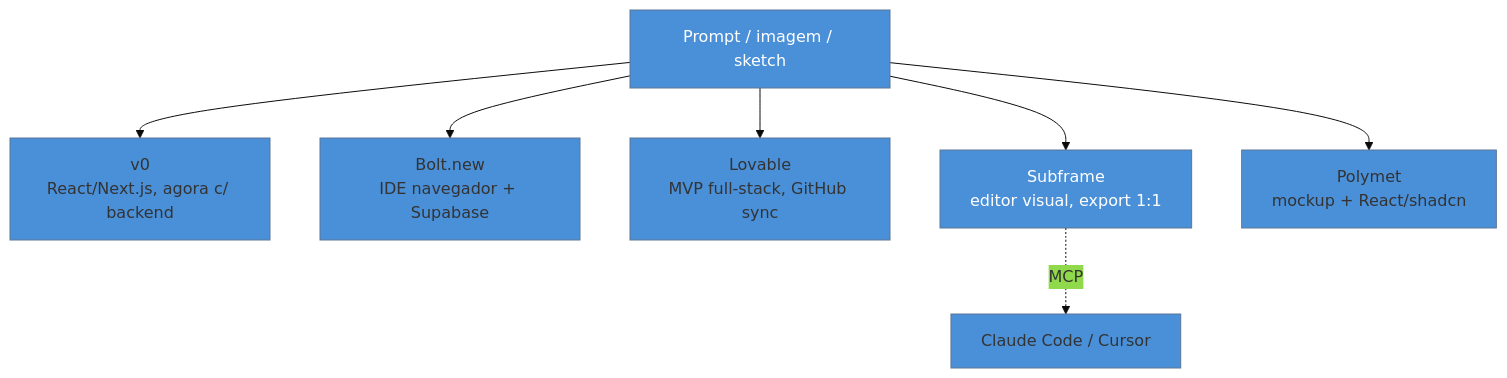
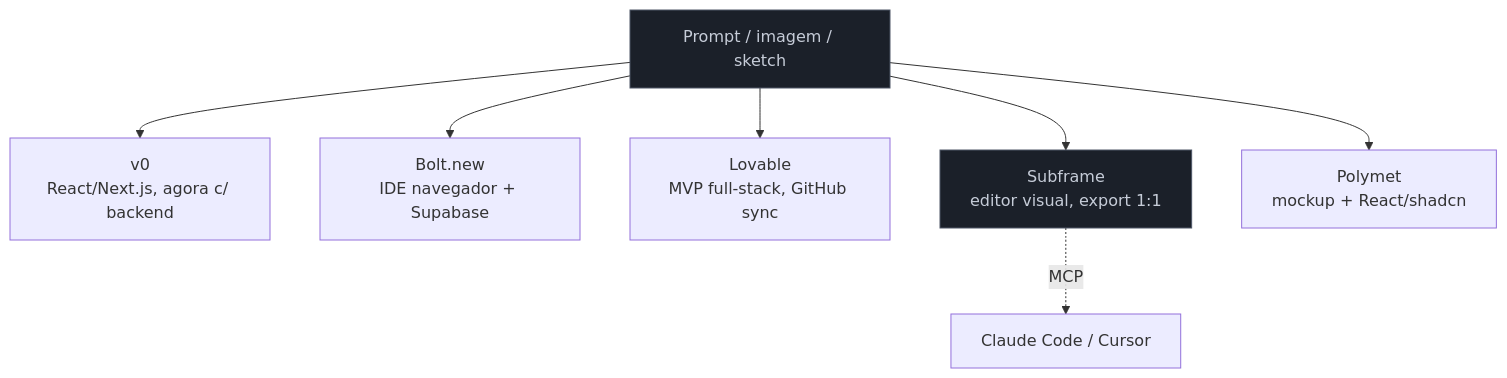
The diagram in 03-Dominios/Tecnologia/Ferramentas de Design/04 - Geradores de UI por IA.md (josenaldo/codex-technomanticus), drawn with Mermaid before and after one commit. The commit also changed 1181 other files, not shown here.

First line of the commit message:
fix(diagramas): paleta do sistema no lugar de cor cravada no markdown

````diff
--- a/03-Dominios/Tecnologia/Ferramentas de Design/04 - Geradores de UI por IA.md
+++ b/03-Dominios/Tecnologia/Ferramentas de Design/04 - Geradores de UI por IA.md
@@ -40,12 +40,12 @@
 ```mermaid
-%%{init: {"theme": "base", "themeVariables": {"primaryColor": "#4A90D9"}}}%%
 graph TD
+    classDef neutro fill:#1B2029,stroke:#4E5666,color:#C6CCD8
     N["Prompt / imagem / sketch"] --> V0["v0<br/>React/Next.js, agora c/ backend"]
     N --> BOLT["Bolt.new<br/>IDE navegador + Supabase"]
     N --> LOV["Lovable<br/>MVP full-stack, GitHub sync"]
     N --> SF["Subframe<br/>editor visual, export 1:1"]
     N --> PM["Polymet<br/>mockup + React/shadcn"]
     SF -.->|MCP| CC["Claude Code / Cursor"]
-    style N fill:#4A90D9,color:#fff
-    style SF fill:#4A90D9,color:#fff
+    class N neutro
+    class SF neutro
 ```
````
